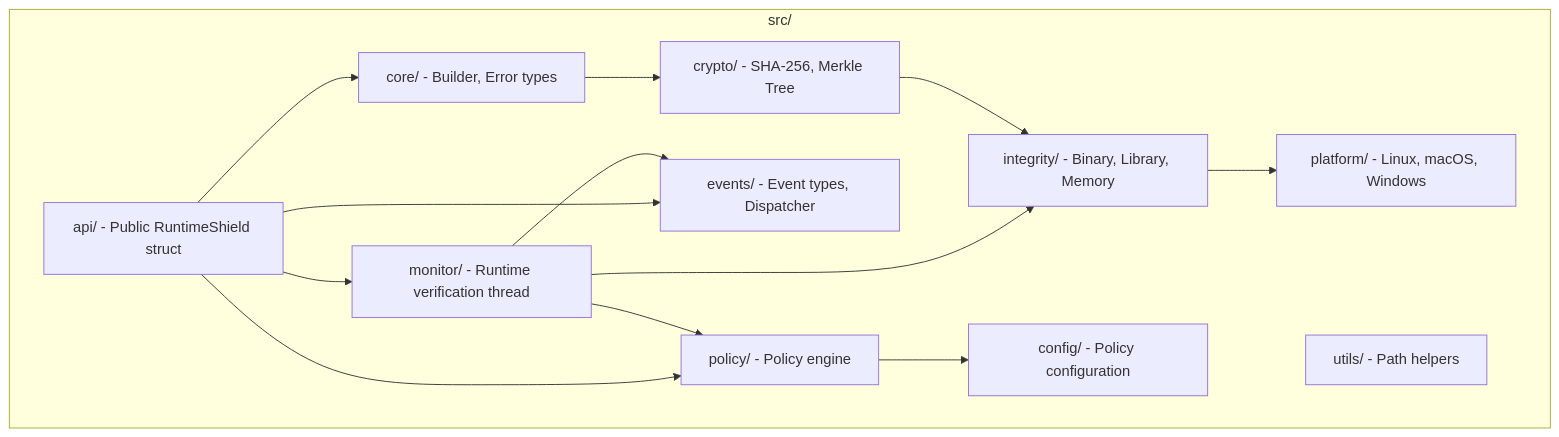
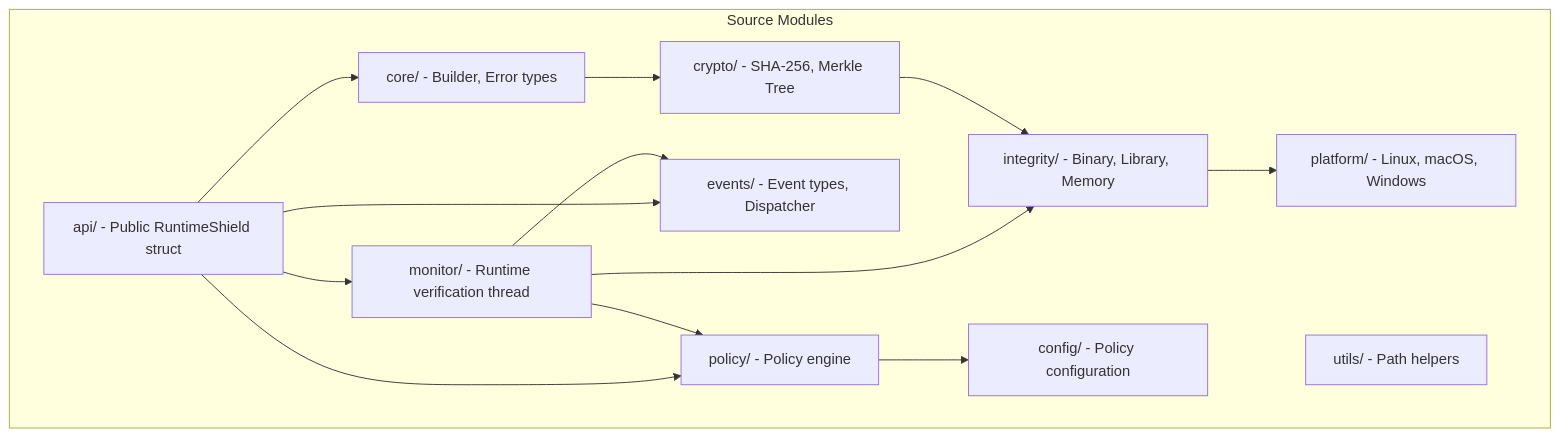
Before and after one commit to swadhingoswami/RuntimeShield: the fourth of 5 diagrams in README.md, drawn with Mermaid. The commit also changed other lines of this file, not shown here.

Commit message:
fix: quote all mermaid node labels with special characters

````diff
--- a/README.md
+++ b/README.md
@@ -195,27 +195,27 @@
 ```mermaid
 graph TD
-    subgraph "src/"
-        CORE[core/ - Builder, Error types]
-        CONFIG[config/ - Policy configuration]
-        CRYPTO[crypto/ - SHA-256, Merkle Tree]
-        INTEG[integrity/ - Binary, Library, Memory]
-        PLAT[platform/ - Linux, macOS, Windows]
-        MON[monitor/ - Runtime verification thread]
-        POL[policy/ - Policy engine]
-        EVT[events/ - Event types, Dispatcher]
-        API[api/ - Public RuntimeShield struct]
-        UTIL[utils/ - Path helpers]
+    subgraph "Source Modules"
+        CORE["core/ - Builder, Error types"]
+        CONFIG["config/ - Policy configuration"]
+        CRYPTO["crypto/ - SHA-256, Merkle Tree"]
+        INTEG["integrity/ - Binary, Library, Memory"]
+        PLAT["platform/ - Linux, macOS, Windows"]
+        MON["monitor/ - Runtime verification thread"]
+        POL["policy/ - Policy engine"]
+        EVT["events/ - Event types, Dispatcher"]
+        API["api/ - Public RuntimeShield struct"]
+        UTIL["utils/ - Path helpers"]
     end
 
     CORE --> CRYPTO
     CRYPTO --> INTEG
     INTEG --> PLAT
     MON --> INTEG
     MON --> EVT
     MON --> POL
     API --> CORE
     API --> MON
     API --> EVT
     API --> POL
     POL --> CONFIG
 ```
````
